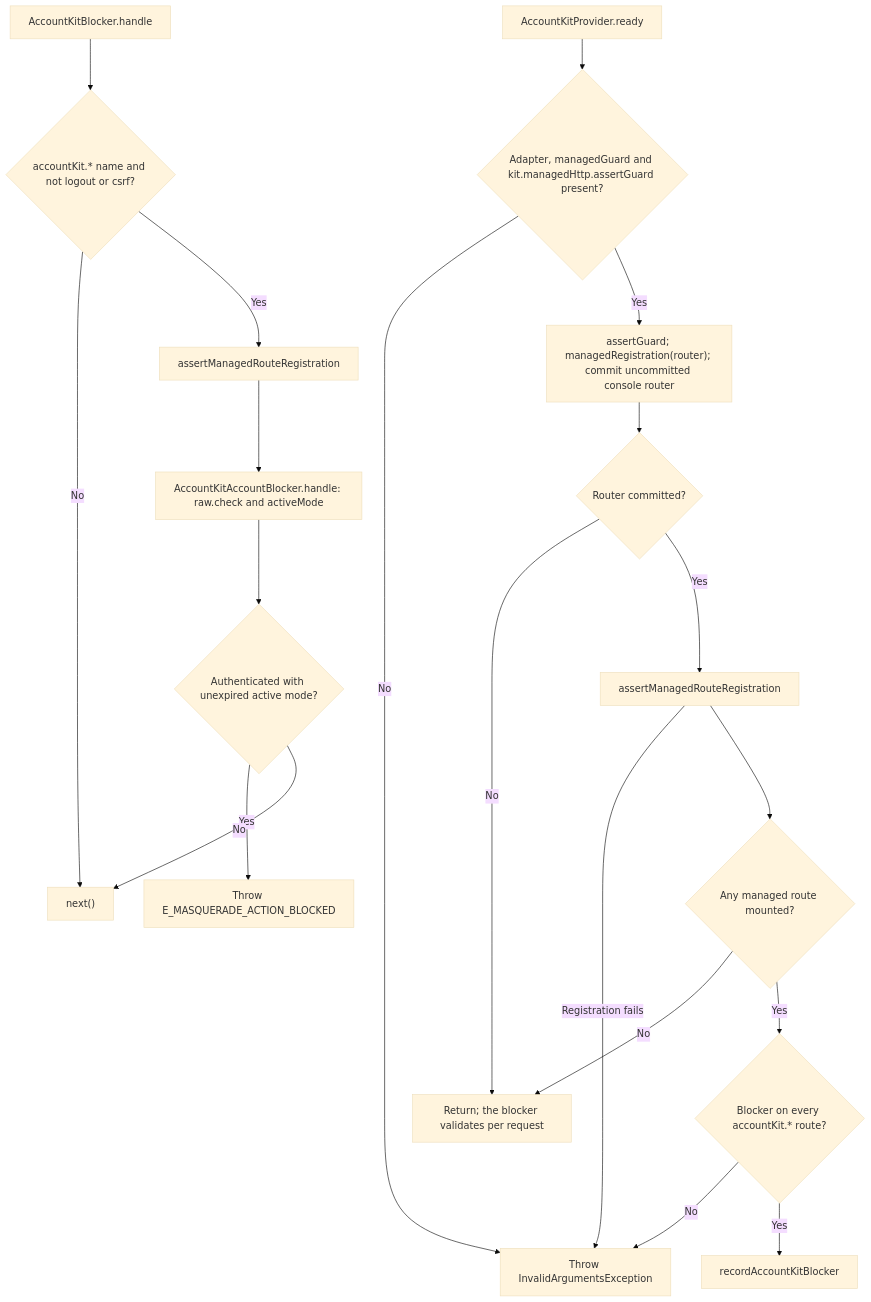
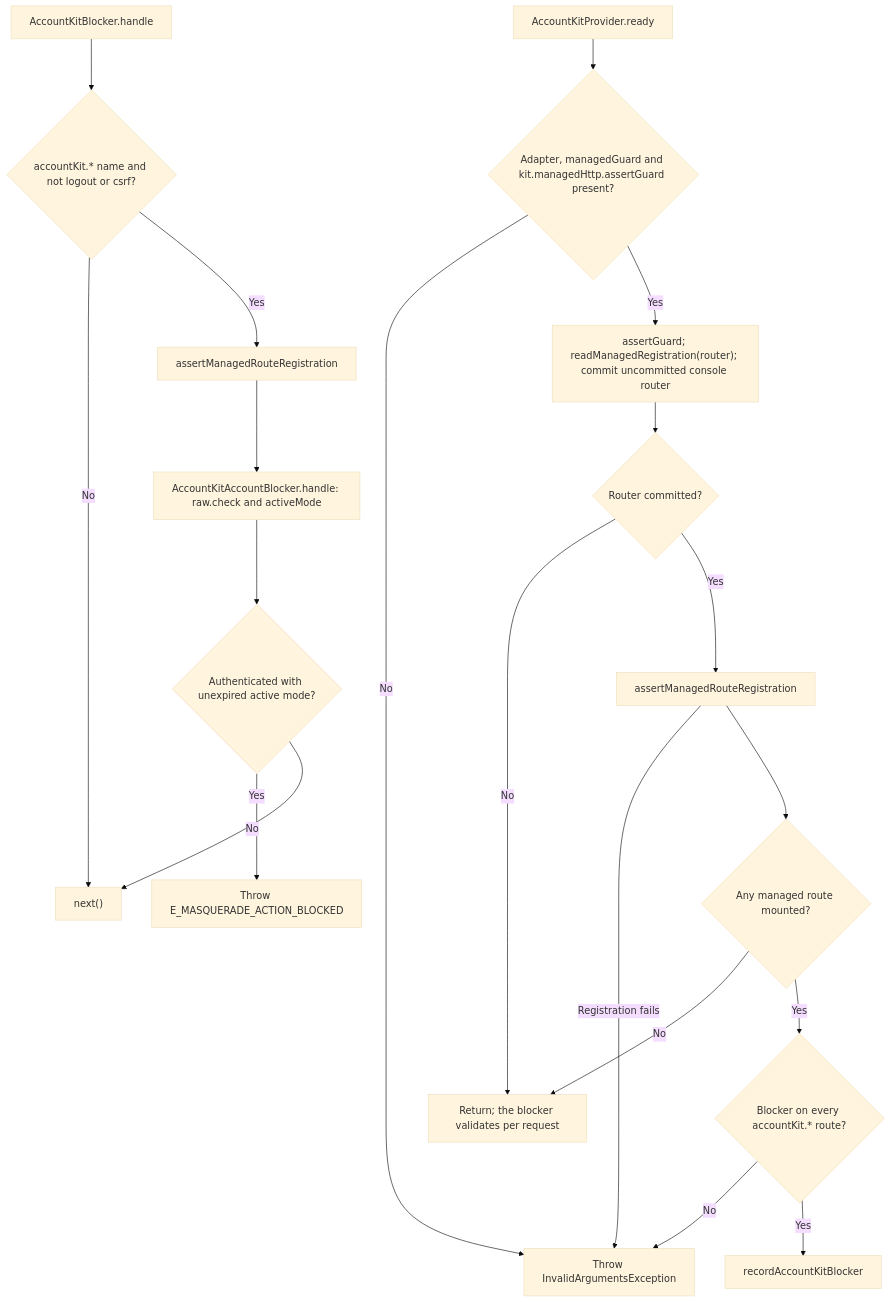
The second of 2 diagrams in user-stories/protect-native-account/us-account-02-install-account-kit-blocker.md (Kevinjohn/oss-adonisjs-masquerade), drawn with Mermaid (base theme) before and after one commit. The commit also changed 61 other files, not shown here.

````diff
--- a/user-stories/protect-native-account/us-account-02-install-account-kit-blocker.md
+++ b/user-stories/protect-native-account/us-account-02-install-account-kit-blocker.md
@@ -40,22 +40,22 @@
 ```mermaid
 flowchart TD
     A["AccountKitProvider.ready"] --> B{"Adapter, managedGuard and kit.managedHttp.assertGuard present?"}
     B -->|No| C["Throw InvalidArgumentsException"]
-    B -->|Yes| D["assertGuard; managedRegistration(router); commit uncommitted console router"]
+    B -->|Yes| D["assertGuard; readManagedRegistration(router); commit uncommitted console router"]
     D --> E{"Router committed?"}
     E -->|No| F["Return; the blocker validates per request"]
     E -->|Yes| G["assertManagedRouteRegistration"]
     G -->|Registration fails| C
     G --> Q{"Any managed route mounted?"}
     Q -->|No| F
     Q -->|Yes| H{"Blocker on every accountKit.* route?"}
     H -->|No| C
     H -->|Yes| I["recordAccountKitBlocker"]
     J["AccountKitBlocker.handle"] --> K{"accountKit.* name and not logout or csrf?"}
     K -->|No| L["next()"]
     K -->|Yes| M["assertManagedRouteRegistration"]
     M --> N["AccountKitAccountBlocker.handle: raw.check and activeMode"]
     N --> O{"Authenticated with unexpired active mode?"}
     O -->|Yes| P["Throw E_MASQUERADE_ACTION_BLOCKED"]
     O -->|No| L
 ```
````
